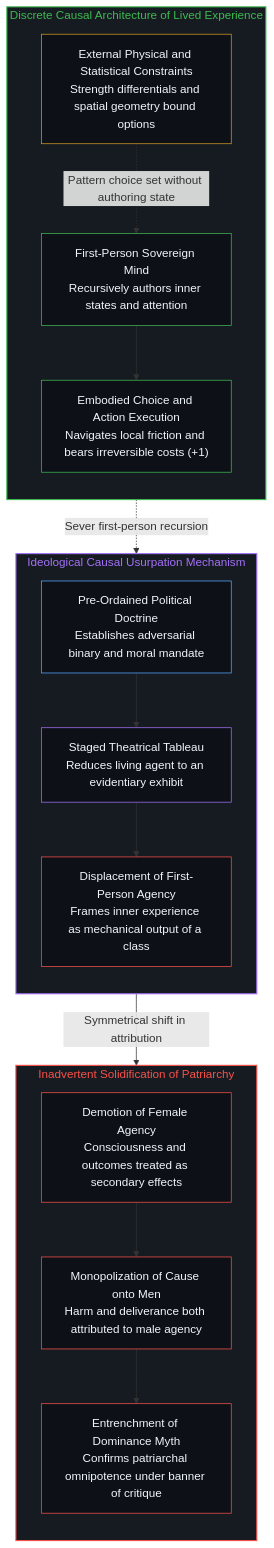
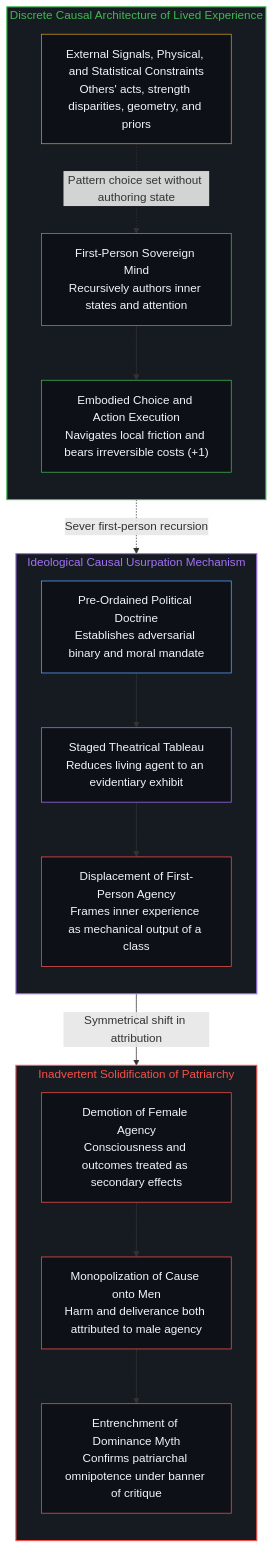
One commit to powerpig99/not-a-toe changed the second of 4 diagrams in content/posts/the-moral-reversal-and-the-scripted-subject.md. Above: the diagram before and after it, drawn with Mermaid. The commit also changed other lines of this file and 4 other files, not shown here.

````diff
--- a/content/posts/the-moral-reversal-and-the-scripted-subject.md
+++ b/content/posts/the-moral-reversal-and-the-scripted-subject.md
@@ -70,32 +70,32 @@
 ```mermaid
 graph TD
     subgraph S_LivingReal ["Discrete Causal Architecture of Lived Experience"]
         direction TB
         LR1["First-Person Sovereign Mind<br/>Recursively authors inner states and attention"] --> LR2["Embodied Choice and Action Execution<br/>Navigates local friction and bears irreversible costs (+1)"]
-        LR3["External Physical and Statistical Constraints<br/>Strength differentials and spatial geometry bound options"] -.->|"Pattern choice set without authoring state"| LR1
+        LR3["External Signals, Physical, and Statistical Constraints<br/>Others' acts, strength disparities, geometry, and priors"] -.->|"Pattern choice set without authoring state"| LR1
     end
     subgraph S_StagedInversion ["Ideological Causal Usurpation Mechanism"]
         direction TB
         SI1["Pre-Ordained Political Doctrine<br/>Establishes adversarial binary and moral mandate"] --> SI2["Staged Theatrical Tableau<br/>Reduces living agent to an evidentiary exhibit"]
         SI2 --> SI3["Displacement of First-Person Agency<br/>Frames inner experience as mechanical output of a class"]
     end
     subgraph S_SolidifyParadox ["Inadvertent Solidification of Patriarchy"]
         direction TB
         SP1["Demotion of Female Agency<br/>Consciousness and outcomes treated as secondary effects"] --> SP2["Monopolization of Cause onto Men<br/>Harm and deliverance both attributed to male agency"]
         SP2 --> SP3["Entrenchment of Dominance Myth<br/>Confirms patriarchal omnipotence under banner of critique"]
     end
     LR1 -.->|"Sever first-person recursion"| SI2
     SI3 -->|"Symmetrical shift in attribution"| SP1
     style S_LivingReal fill:#161b22,stroke:#3fb950,stroke-width:1.5px,color:#3fb950
     style S_StagedInversion fill:#161b22,stroke:#a371f7,stroke-width:1.5px,color:#a371f7
     style S_SolidifyParadox fill:#161b22,stroke:#f85149,stroke-width:1.5px,color:#f85149
     style LR1 fill:#0d1117,stroke:#3fb950,stroke-width:1px,color:#f0f6fc
     style LR2 fill:#0d1117,stroke:#3fb950,stroke-width:1px,color:#f0f6fc
     style LR3 fill:#0d1117,stroke:#d29922,stroke-width:1px,color:#f0f6fc
     style SI1 fill:#0d1117,stroke:#58a6ff,stroke-width:1px,color:#f0f6fc
     style SI2 fill:#0d1117,stroke:#a371f7,stroke-width:1px,color:#f0f6fc
     style SI3 fill:#0d1117,stroke:#f85149,stroke-width:1px,color:#f0f6fc
     style SP1 fill:#0d1117,stroke:#f85149,stroke-width:1px,color:#f0f6fc
     style SP2 fill:#0d1117,stroke:#f85149,stroke-width:1px,color:#f0f6fc
     style SP3 fill:#0d1117,stroke:#f85149,stroke-width:1px,color:#f0f6fc
 ```
````
